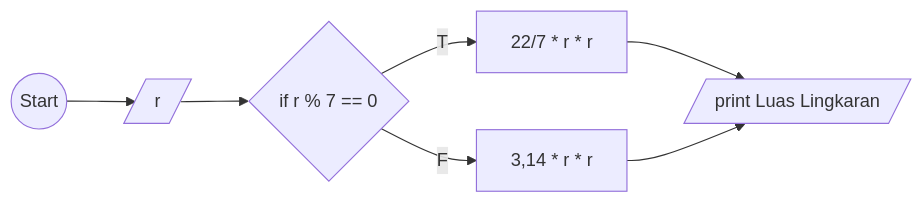
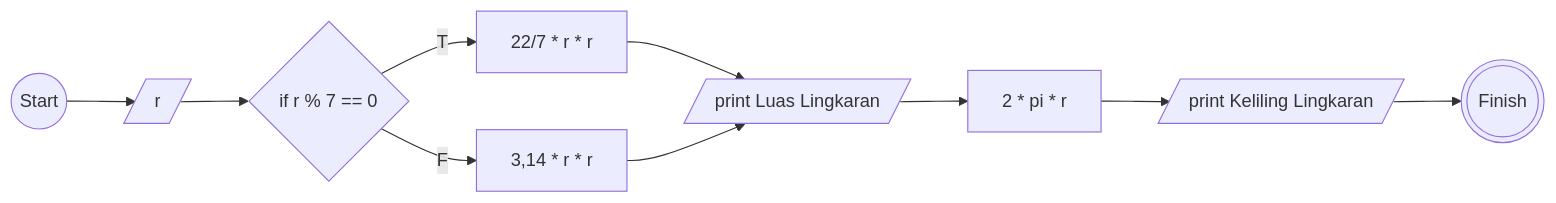
The second of 2 diagrams in README.md (aldi-ardyansah/koda-b10-algoritma), drawn with Mermaid before and after one commit.

````diff
--- a/README.md
+++ b/README.md
@@ -42,7 +42,9 @@
 ```mermaid
 flowchart LR
     A((Start)) --> B[/r/]
     B[/r/] --> C{if r % 7 == 0}
     C{if r % 7 == 0} --T--> D[22/7 * r * r] --> F[/print Luas Lingkaran/]
     C{if r % 7 == 0} --F--> E[3,14 * r * r] --> F[/print Luas Lingkaran/]
+    F[/print Luas Lingkaran/] --> G[2 * pi * r]
+    G[2 * pi * r] --> H[/print Keliling Lingkaran/] --> I(((Finish)))
 ```
````
